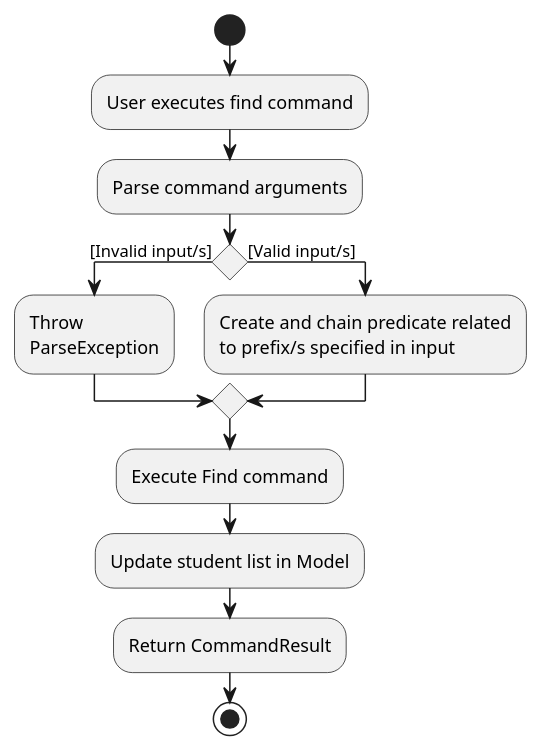
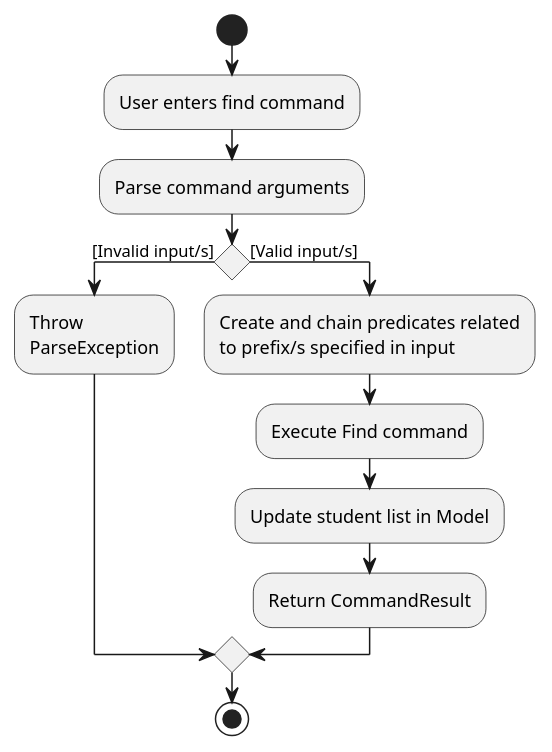
The diagram in docs/diagrams/FindCommandActivityDiagram.puml (tenebrius1/tp), drawn with PlantUML before and after one commit. The commit also changed 5 other files, not shown here.

```diff
--- a/docs/diagrams/FindCommandActivityDiagram.puml
+++ b/docs/diagrams/FindCommandActivityDiagram.puml
@@ -1,17 +1,18 @@
 @startuml
 start
-:User executes find command;
+:User enters find command;
 :Parse command arguments;
 
 if () then ([Invalid input/s])
     :Throw \nParseException;
 else ([Valid input/s])
-    :Create and chain predicate related
+    :Create and chain predicates related
     to prefix/s specified in input;
-
-endif
     :Execute Find command;
     :Update student list in Model;
     :Return CommandResult;
+
+endif
+
 stop
 @enduml
```
